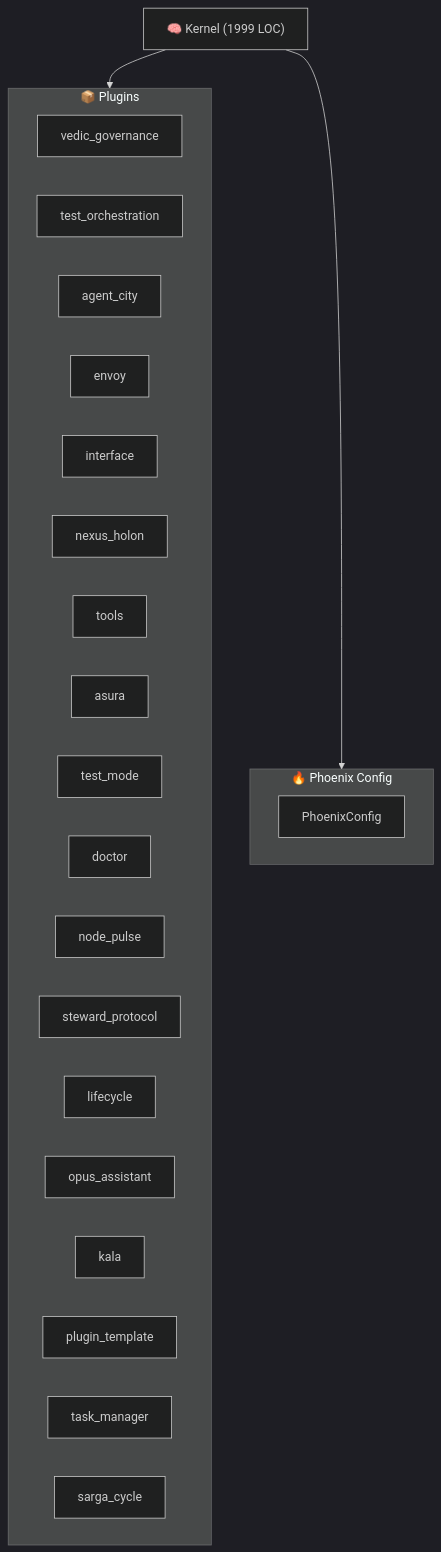
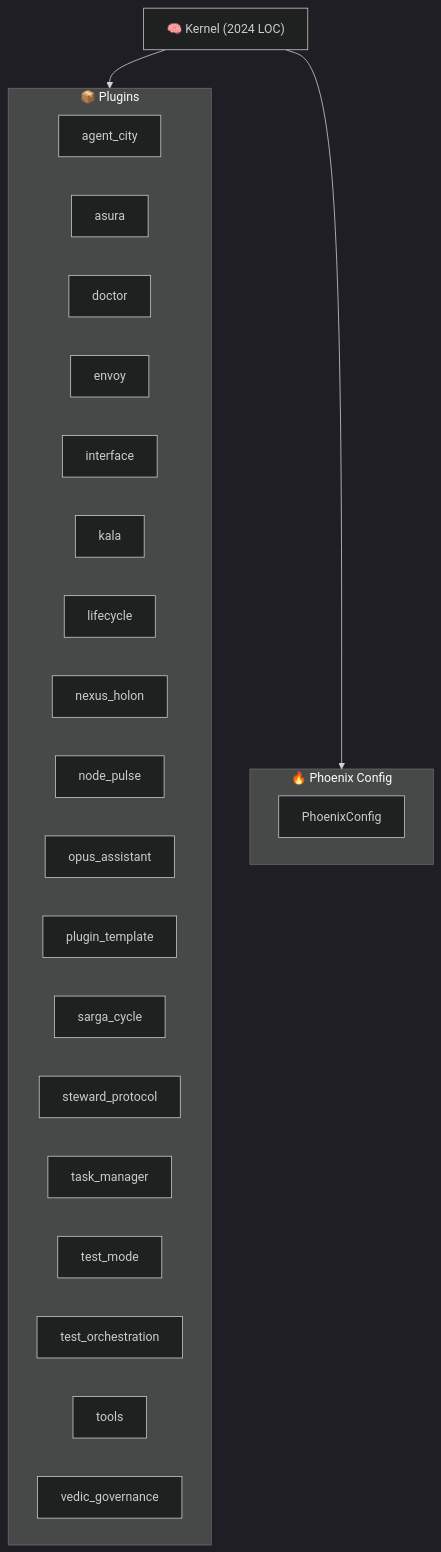
Before and after one commit to kimeisele/steward-protocol: the diagram in ARCHITECTURE.md, drawn with Mermaid (dark theme). The commit also changed other lines of this file and 5 other files, not shown here.

````diff
--- a/ARCHITECTURE.md
+++ b/ARCHITECTURE.md
@@ -8,29 +8,29 @@
 ```mermaid
 graph TB
-    K["🧠 Kernel (1999 LOC)"]
+    K["🧠 Kernel (2024 LOC)"]
     subgraph Plugins["📦 Plugins"]
-        P_vedic_governance["vedic_governance"]
-        P_test_orchestration["test_orchestration"]
         P_agent_city["agent_city"]
+        P_asura["asura"]
+        P_doctor["doctor"]
         P_envoy["envoy"]
         P_interface["interface"]
+        P_kala["kala"]
+        P_lifecycle["lifecycle"]
         P_nexus_holon["nexus_holon"]
+        P_node_pulse["node_pulse"]
+        P_opus_assistant["opus_assistant"]
+        P_plugin_template["plugin_template"]
+        P_sarga_cycle["sarga_cycle"]
+        P_steward_protocol["steward_protocol"]
+        P_task_manager["task_manager"]
+        P_test_mode["test_mode"]
+        P_test_orchestration["test_orchestration"]
         P_tools["tools"]
-        P_asura["asura"]
-        P_test_mode["test_mode"]
-        P_doctor["doctor"]
-        P_node_pulse["node_pulse"]
-        P_steward_protocol["steward_protocol"]
-        P_lifecycle["lifecycle"]
-        P_opus_assistant["opus_assistant"]
-        P_kala["kala"]
-        P_plugin_template["plugin_template"]
-        P_task_manager["task_manager"]
-        P_sarga_cycle["sarga_cycle"]
+        P_vedic_governance["vedic_governance"]
     end
     K --> Plugins
     subgraph Config["🔥 Phoenix Config"]
         PC[PhoenixConfig]
     end
     K --> Config
 ```
````
